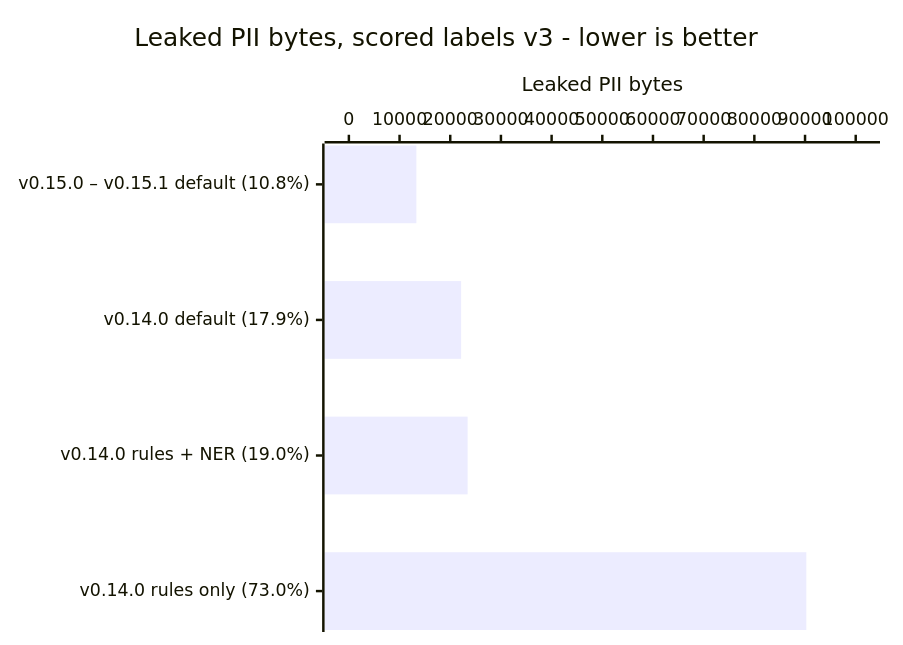
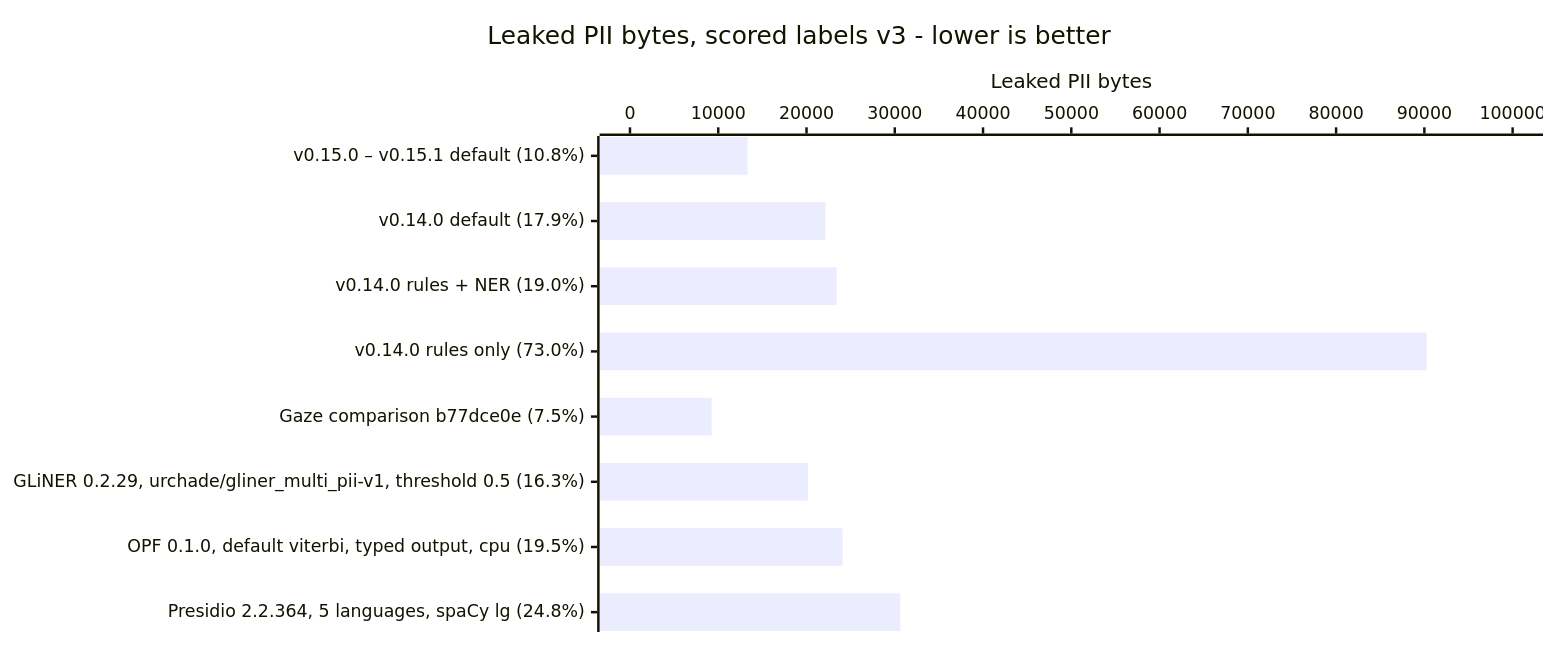
The first of 3 diagrams in README.md (CertaMesh/gaze), drawn with Mermaid before and after one commit. The commit also changed other lines of this file and 2 other files, not shown here.

Commit message:
Show competitor measurements in README chart

````diff
--- a/README.md
+++ b/README.md
@@ -34,7 +34,8 @@
 ```mermaid
+%%{init: {'xyChart': {'width': 1200, 'height': 500}}}%%
 xychart-beta horizontal
     title "Leaked PII bytes, scored labels v3 - lower is better"
-    x-axis ["v0.15.0 – v0.15.1 default (10.8%)", "v0.14.0 default (17.9%)", "v0.14.0 rules + NER (19.0%)", "v0.14.0 rules only (73.0%)"]
+    x-axis ["v0.15.0 – v0.15.1 default (10.8%)", "v0.14.0 default (17.9%)", "v0.14.0 rules + NER (19.0%)", "v0.14.0 rules only (73.0%)", "Gaze comparison b77dce0e (7.5%)", "GLiNER 0.2.29, urchade/gliner_multi_pii-v1, threshold 0.5 (16.3%)", "OPF 0.1.0, default viterbi, typed output, cpu (19.5%)", "Presidio 2.2.364, 5 languages, spaCy lg (24.8%)"]
     y-axis "Leaked PII bytes" 0 --> 100000
-    bar [13319, 22144, 23428, 90253]
+    bar [13319, 22144, 23428, 90253, 9256, 20152, 24080, 30615]
 ```
````
